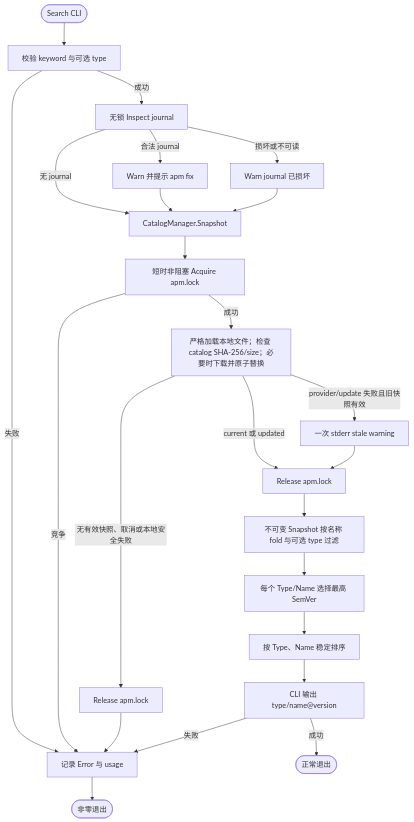
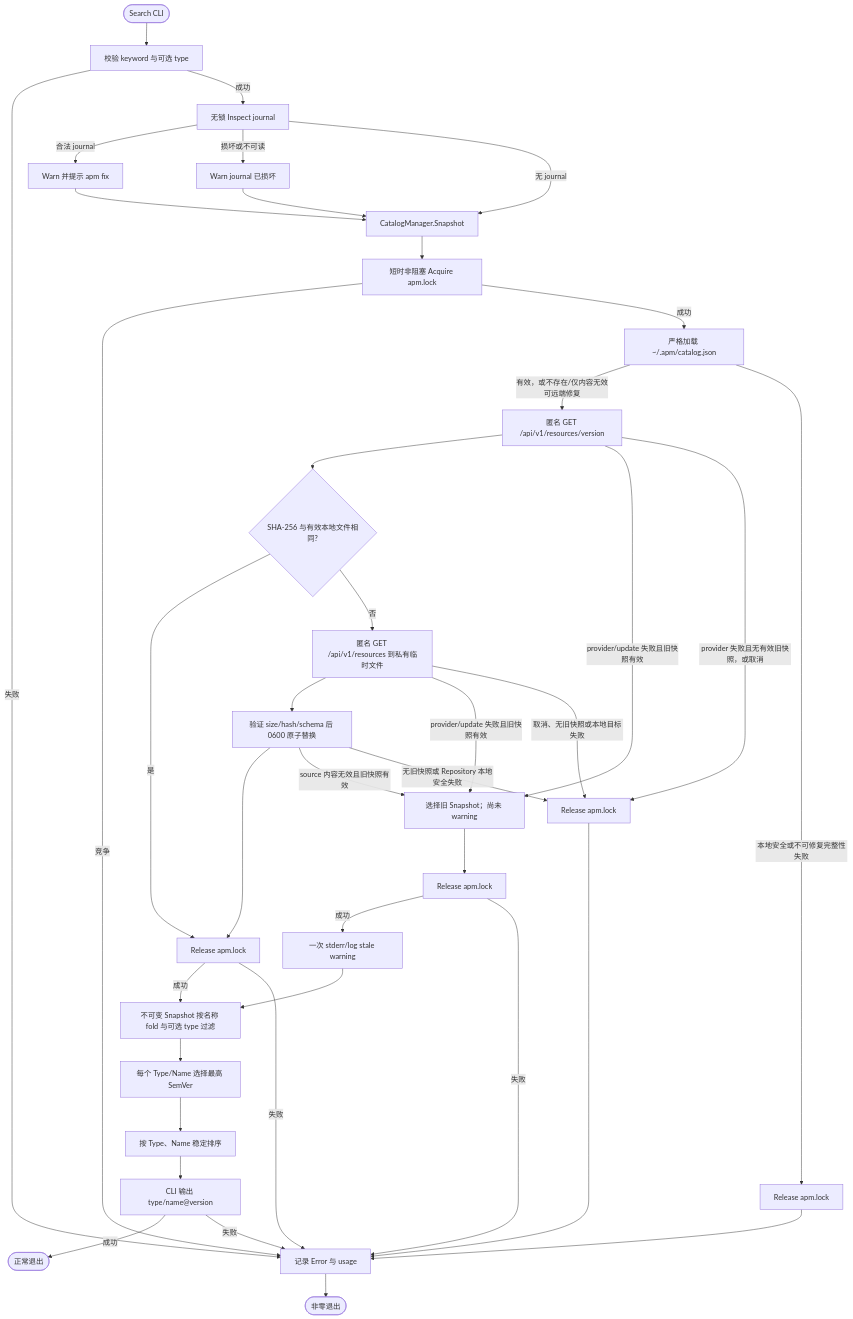
One commit to spacemit-com/agent-power-manager changed the diagram in ivory-tower/c4/components/apm-cli-lifecycle-diagrams/search.mmd. Above: the diagram before and after it, drawn with Mermaid. The commit also changed 7 other files, not shown here.

```diff
--- a/ivory-tower/c4/components/apm-cli-lifecycle-diagrams/search.mmd
+++ b/ivory-tower/c4/components/apm-cli-lifecycle-diagrams/search.mmd
@@ -1,23 +1,38 @@
 flowchart TD
     Start([Search CLI]) --> Validate[校验 keyword 与可选 type]
     Validate -->|失败| CLIError[记录 Error 与 usage] --> ErrorExit([非零退出])
     Validate -->|成功| Inspect[无锁 Inspect journal]
     Inspect -->|合法 journal| JournalWarn[Warn 并提示 apm fix]
     Inspect -->|损坏或不可读| DamagedWarn[Warn journal 已损坏]
     Inspect -->|无 journal| Snapshot[CatalogManager.Snapshot]
     JournalWarn --> Snapshot
     DamagedWarn --> Snapshot
     Snapshot --> Lock[短时非阻塞 Acquire apm.lock]
     Lock -->|竞争| CLIError
-    Lock -->|成功| Sync[严格加载本地文件；检查 catalog SHA-256/size；必要时下载并原子替换]
-    Sync -->|无有效快照、取消或本地安全失败| ReleaseError[Release apm.lock]
+    Lock -->|成功| Load[严格加载 ~/.apm/catalog.json]
+    Load -->|有效，或不存在/仅内容无效可远端修复| Version[匿名 GET /api/v1/resources/version]
+    Load -->|本地安全或不可修复完整性失败| ReleaseLoadError[Release apm.lock]
+    ReleaseLoadError --> CLIError
+    Version --> Same{SHA-256 与有效本地文件相同?}
+    Same -->|是| Release[Release apm.lock]
+    Same -->|否| Download[匿名 GET /api/v1/resources 到私有临时文件]
+    Download --> Verify[验证 size/hash/schema 后 0600 原子替换]
+    Verify --> Release
+    Version -->|provider/update 失败且旧快照有效| Stale[选择旧 Snapshot；尚未 warning]
+    Download -->|provider/update 失败且旧快照有效| Stale
+    Verify -->|source 内容无效且旧快照有效| Stale
+    Stale --> ReleaseStale[Release apm.lock]
+    ReleaseStale -->|成功| StaleWarn[一次 stderr/log stale warning]
+    ReleaseStale -->|失败| CLIError
+    Version -->|provider 失败且无有效旧快照，或取消| ReleaseError[Release apm.lock]
+    Download -->|取消、无旧快照或本地目标失败| ReleaseError
+    Verify -->|无旧快照或 Repository 本地安全失败| ReleaseError
     ReleaseError --> CLIError
-    Sync -->|provider/update 失败且旧快照有效| Stale[一次 stderr stale warning]
-    Sync -->|current 或 updated| Release[Release apm.lock]
-    Stale --> Release
-    Release --> Filter[不可变 Snapshot 按名称 fold 与可选 type 过滤]
+    Release -->|成功| Filter[不可变 Snapshot 按名称 fold 与可选 type 过滤]
+    Release -->|失败| CLIError
+    StaleWarn --> Filter
     Filter --> Latest[每个 Type/Name 选择最高 SemVer]
     Latest --> Sort[按 Type、Name 稳定排序]
     Sort --> Render[CLI 输出 type/name@version]
     Render -->|成功| OK([正常退出])
     Render -->|失败| CLIError
```
